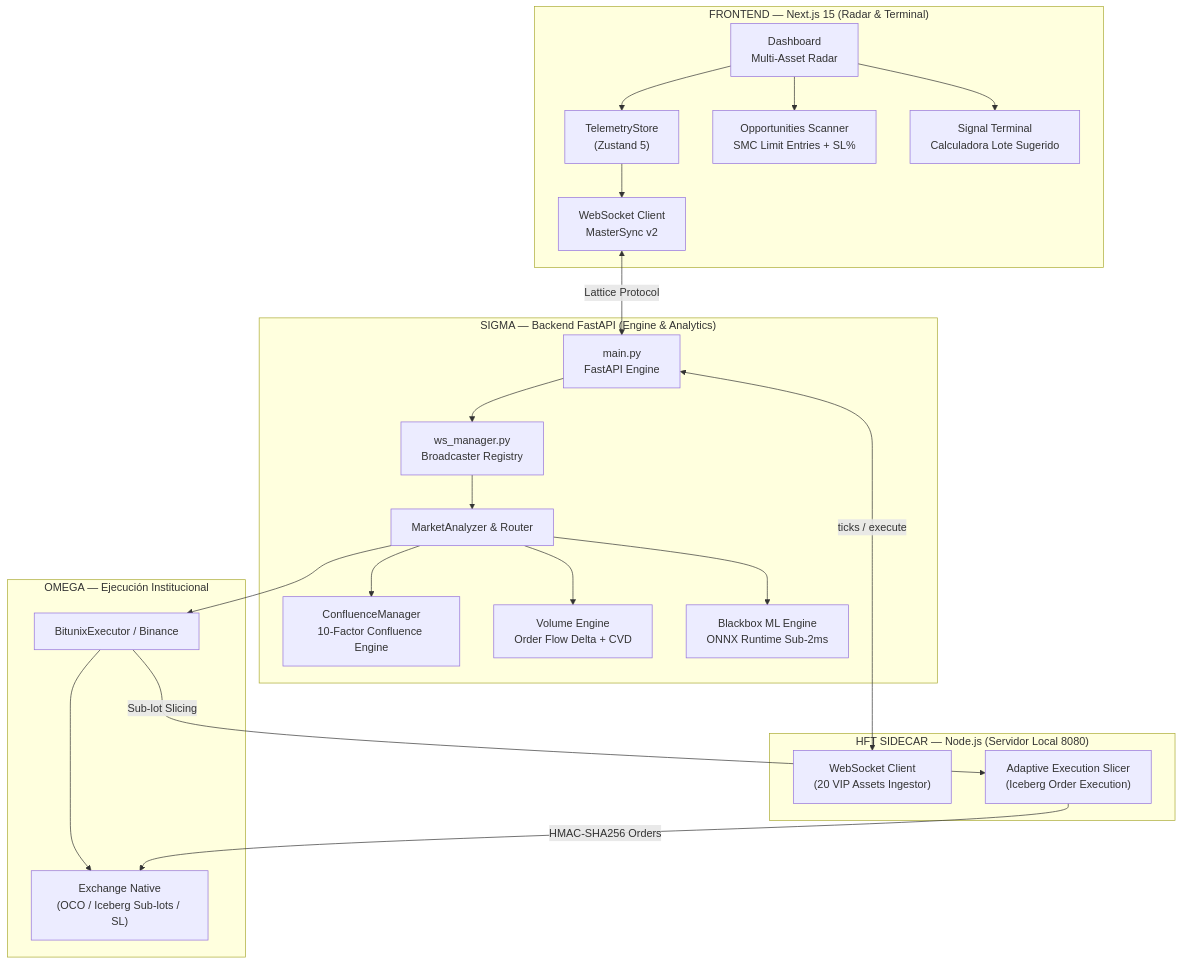
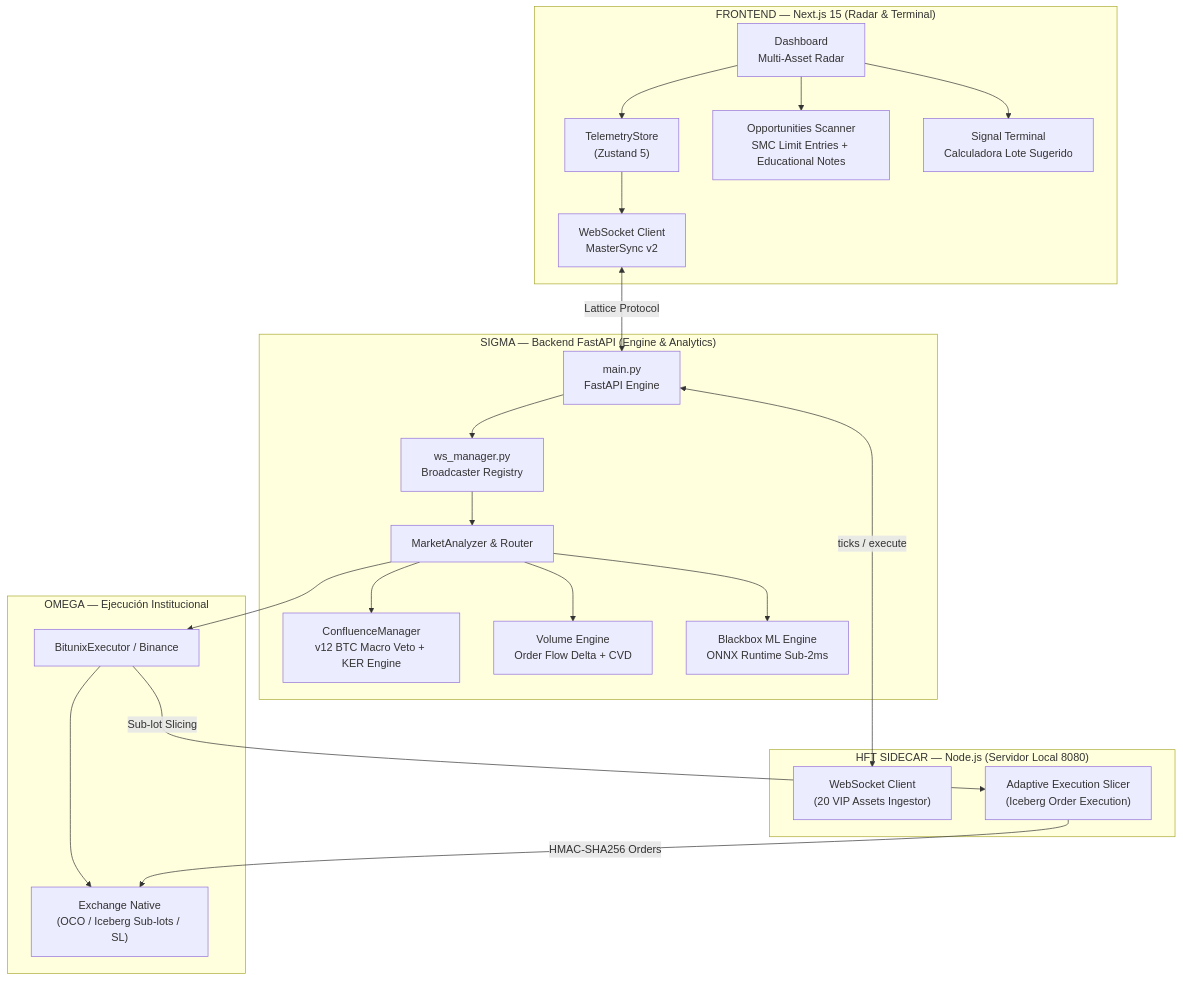
The diagram in README.md (matiquelmec/Slingshot), drawn with Mermaid before and after one commit. The commit also changed other lines of this file and 47 other files, not shown here.

First line of the commit message:
feat(v12-sovereign): implement Veto Macro BTC alignment, KER adaptive noise engine, and UI educational notes

````diff
--- a/README.md
+++ b/README.md
@@ -21,32 +21,32 @@
 ```mermaid
 graph TB
     subgraph "FRONTEND — Next.js 15 (Radar & Terminal)"
         A["Dashboard<br/>Multi-Asset Radar"] --> B["TelemetryStore<br/>(Zustand 5)"]
         B --> C["WebSocket Client<br/>MasterSync v2"]
-        A --> D["Opportunities Scanner<br/>SMC Limit Entries + SL%"]
+        A --> D["Opportunities Scanner<br/>SMC Limit Entries + Educational Notes"]
         A --> E["Signal Terminal<br/>Calculadora Lote Sugerido"]
     end
 
     subgraph "SIGMA — Backend FastAPI (Engine & Analytics)"
         J["main.py<br/>FastAPI Engine"] --> K["ws_manager.py<br/>Broadcaster Registry"]
         K --> L["MarketAnalyzer & Router"]
-        L --> M["ConfluenceManager<br/>10-Factor Confluence Engine"]
+        L --> M["ConfluenceManager<br/>v12 BTC Macro Veto + KER Engine"]
         L --> N["Volume Engine<br/>Order Flow Delta + CVD"]
         L --> O["Blackbox ML Engine<br/>ONNX Runtime Sub-2ms"]
     end
 
     subgraph "HFT SIDECAR — Node.js (Servidor Local 8080)"
         NodeWS["WebSocket Client<br/>(20 VIP Assets Ingestor)"]
         NodeExec["Adaptive Execution Slicer<br/>(Iceberg Order Execution)"]
     end
 
     subgraph "OMEGA — Ejecución Institucional"
         T["BitunixExecutor / Binance"] --> BB["Exchange Native<br/>(OCO / Iceberg Sub-lots / SL)"]
     end
 
     C <--> |"Lattice Protocol"| J
     J <--> |"ticks / execute"| NodeWS
     L --> T
     T --> |"Sub-lot Slicing"| NodeExec
     NodeExec --> |"HMAC-SHA256 Orders"| BB
 ```
````
